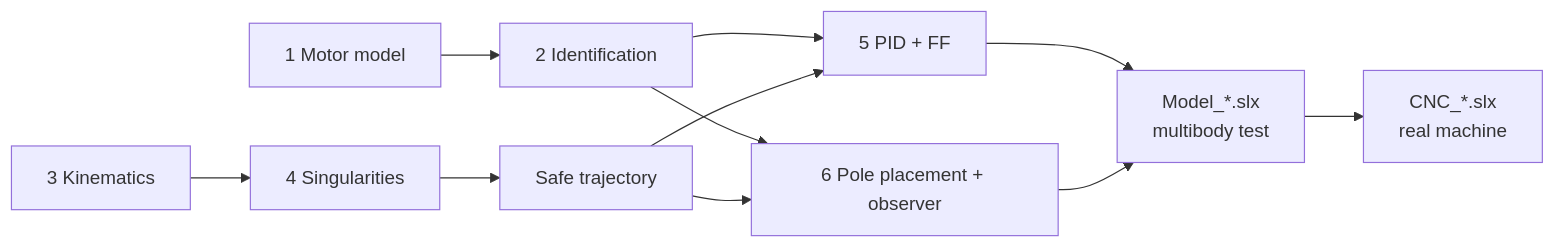
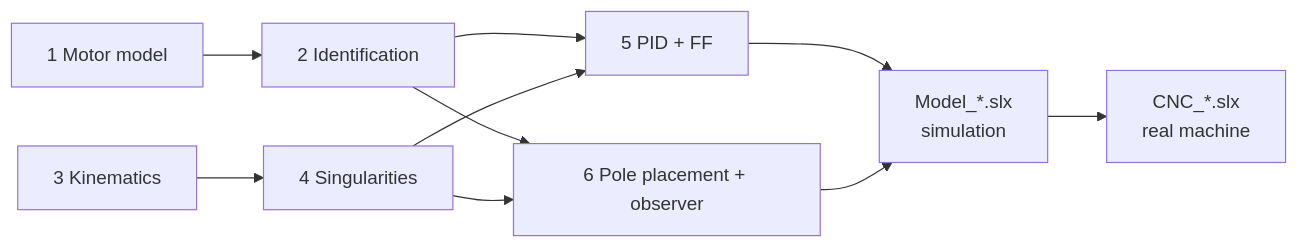
One commit to riccardoserraino/2DOF_Robot_Control changed the diagram in README.md. Above: the diagram before and after it, drawn with Mermaid. The commit also changed other lines of this file and 5 other files, not shown here.

````diff
--- a/README.md
+++ b/README.md
@@ -22,13 +22,12 @@
 ```mermaid
 flowchart LR
     A[1 Motor model] --> B[2 Identification]
     B --> E[5 PID + FF]
     B --> F[6 Pole placement + observer]
     C[3 Kinematics] --> D[4 Singularities]
-    D --> G[Safe trajectory]
-    G --> E
-    G --> F
-    E --> H[Model_*.slx<br/>multibody test]
+    D --> E
+    D --> F
+    E --> H[Model_*.slx<br/>simulation]
     F --> H
     H --> I[CNC_*.slx<br/>real machine]
 ```
````
